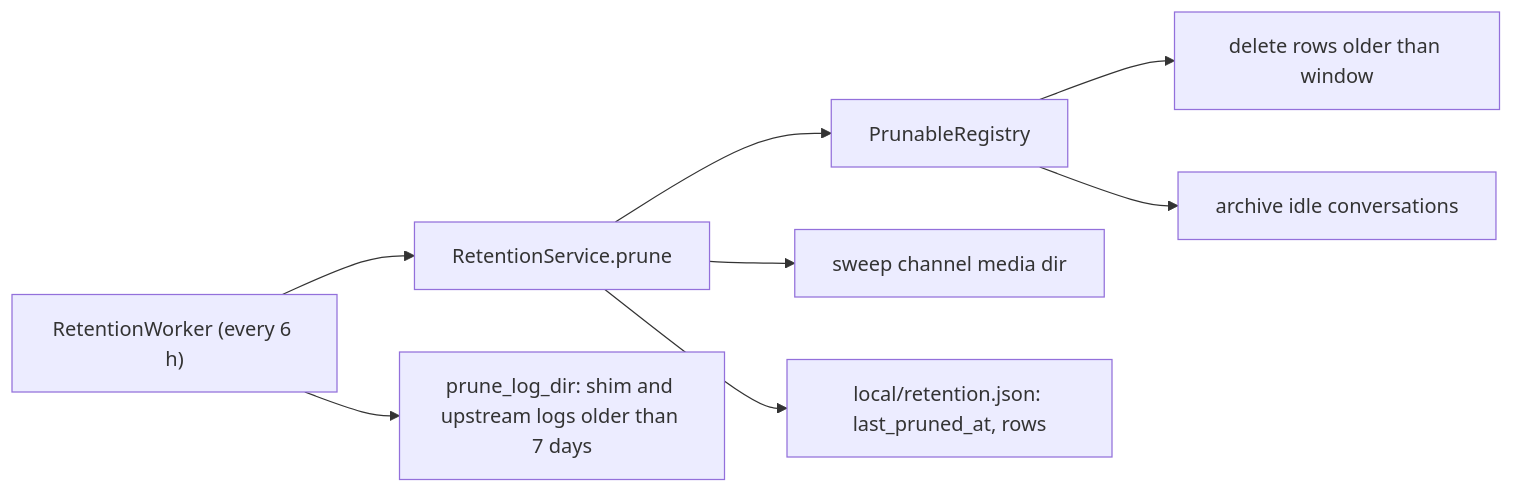
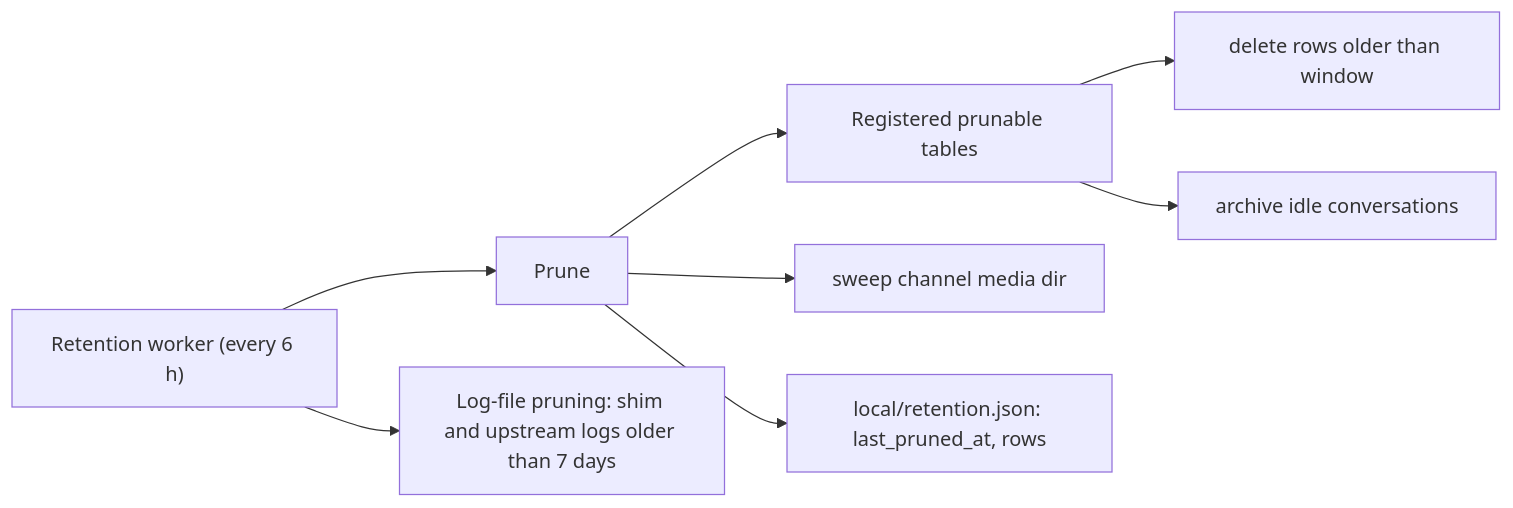
Before and after one commit to wyx-sg/Coffer: the second of 3 diagrams in docs-site/architecture/observability.md, drawn with Mermaid. The commit also changed other lines of this file and 29 other files, not shown here.

First line of the commit message:
docs(site): explain the architecture in plain terms, without source detail

````diff
--- a/docs-site/architecture/observability.md
+++ b/docs-site/architecture/observability.md
@@ -223,10 +223,10 @@
 ```mermaid
 flowchart LR
-    W["RetentionWorker (every 6 h)"] --> S["RetentionService.prune"]
-    S --> R["PrunableRegistry"]
+    W["Retention worker (every 6 h)"] --> S["Prune"]
+    S --> R["Registered prunable tables"]
     R --> T1["delete rows older than window"]
     R --> T2["archive idle conversations"]
     S --> M["sweep channel media dir"]
-    W --> F["prune_log_dir: shim and upstream logs older than 7 days"]
+    W --> F["Log-file pruning: shim and upstream logs older than 7 days"]
     S --> P["local/retention.json: last_pruned_at, rows"]
 ```
````
